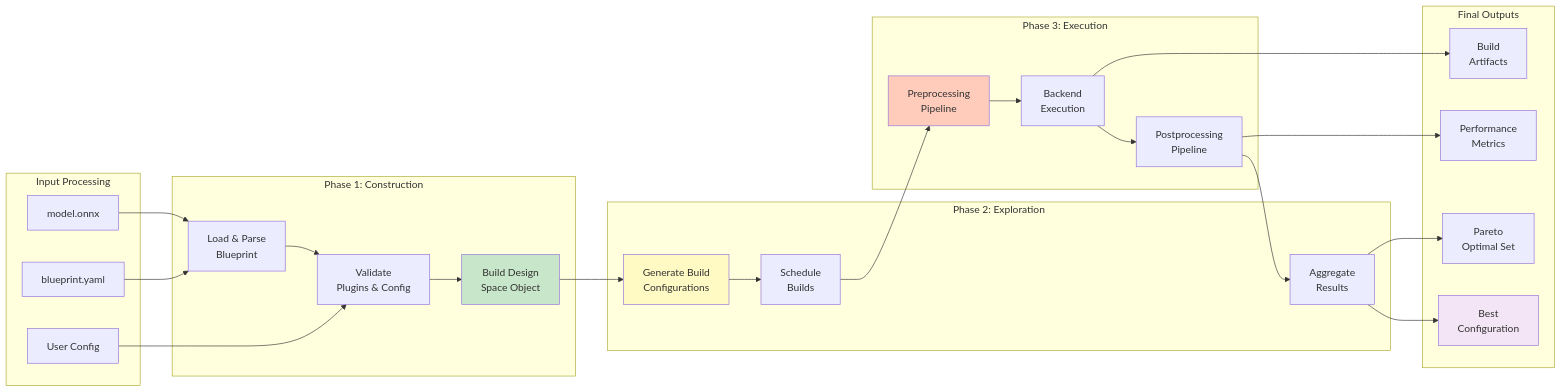
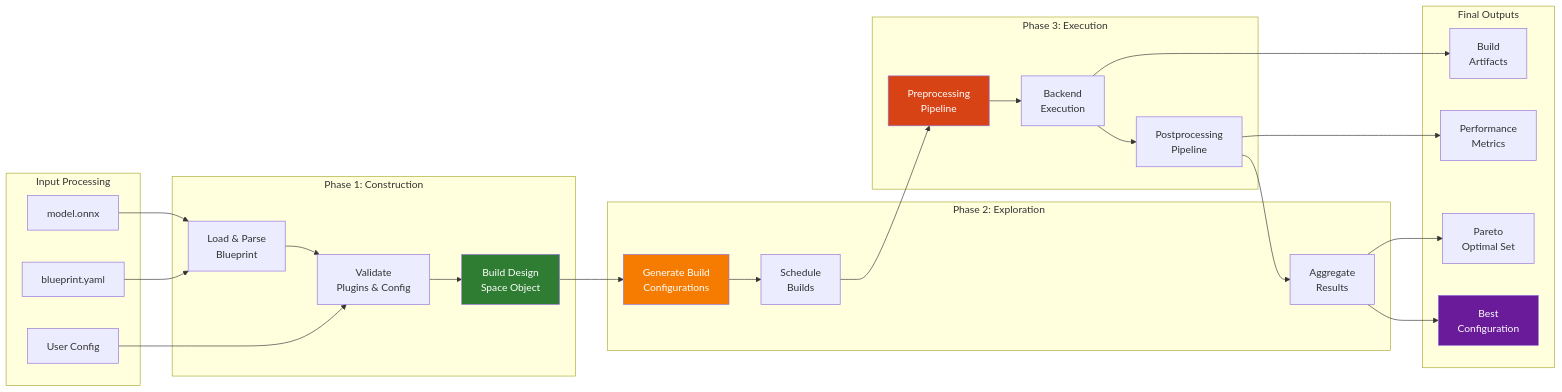
Before and after one commit to microsoft/Brainsmith: the third of 14 diagrams in brainsmith/core/ARCHITECTURE.md, drawn with Mermaid. The commit also changed other lines of this file and 40 other files, not shown here.

````diff
--- a/brainsmith/core/ARCHITECTURE.md
+++ b/brainsmith/core/ARCHITECTURE.md
@@ -189,54 +189,54 @@
 ```mermaid
 flowchart LR
     subgraph "Input Processing"
         MODEL[model.onnx]
         YAML[blueprint.yaml]
         CONFIG[User Config]
     end
     
     subgraph "Phase 1: Construction"
         LOAD[Load & Parse<br/>Blueprint]
         VALIDATE[Validate<br/>Plugins & Config]
         BUILD[Build Design<br/>Space Object]
     end
     
     subgraph "Phase 2: Exploration"
         GENERATE[Generate Build<br/>Configurations]
         SCHEDULE[Schedule<br/>Builds]
         AGGREGATE[Aggregate<br/>Results]
     end
     
     subgraph "Phase 3: Execution"
         PREPROCESS[Preprocessing<br/>Pipeline]
         BACKEND[Backend<br/>Execution]
         POSTPROCESS[Postprocessing<br/>Pipeline]
     end
     
     subgraph "Final Outputs"
         BEST_CONFIG[Best<br/>Configuration]
         PARETO_SET[Pareto<br/>Optimal Set]
         ARTIFACTS[Build<br/>Artifacts]
         METRICS[Performance<br/>Metrics]
     end
     
     MODEL --> LOAD
     YAML --> LOAD
     CONFIG --> VALIDATE
     LOAD --> VALIDATE
     VALIDATE --> BUILD
     BUILD --> GENERATE
     GENERATE --> SCHEDULE
     SCHEDULE --> PREPROCESS
     PREPROCESS --> BACKEND
     BACKEND --> POSTPROCESS
     POSTPROCESS --> AGGREGATE
     AGGREGATE --> BEST_CONFIG
     AGGREGATE --> PARETO_SET
     BACKEND --> ARTIFACTS
     POSTPROCESS --> METRICS
     
-    style BUILD fill:#c8e6c9
-    style GENERATE fill:#fff9c4
-    style PREPROCESS fill:#ffccbc
-    style BEST_CONFIG fill:#f3e5f5
+    style BUILD fill:#2e7d32,color:#fff
+    style GENERATE fill:#f57c00,color:#fff
+    style PREPROCESS fill:#d84315,color:#fff
+    style BEST_CONFIG fill:#6a1b9a,color:#fff
 ```
````
